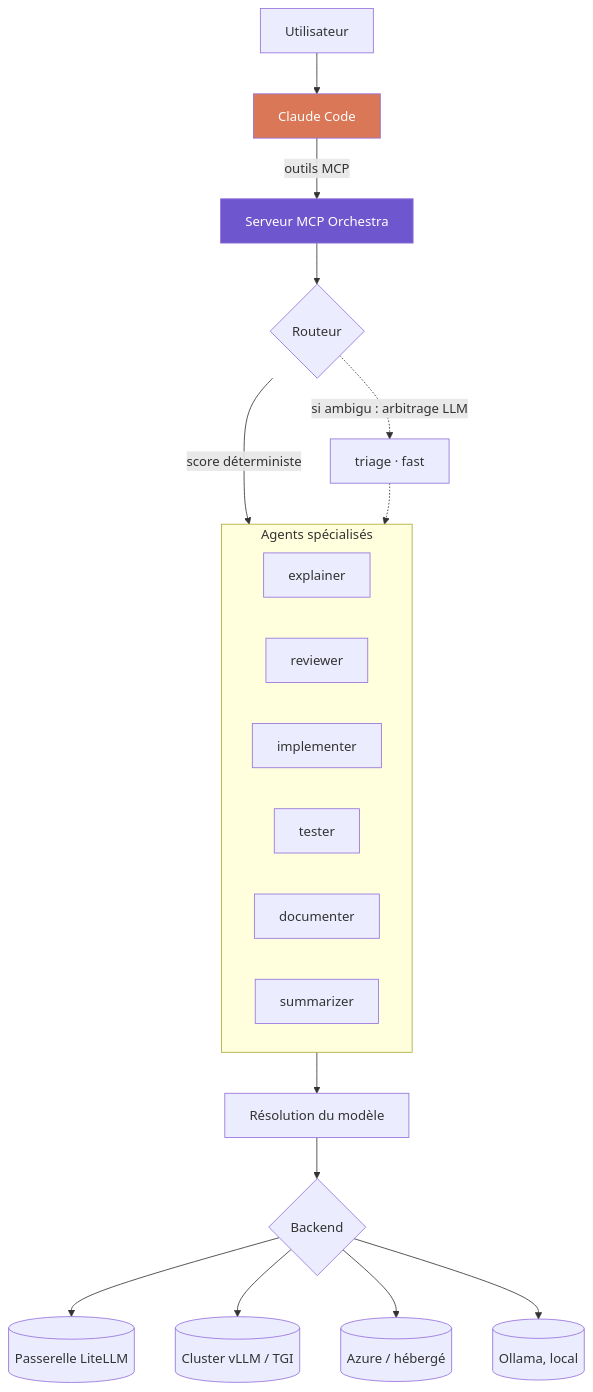
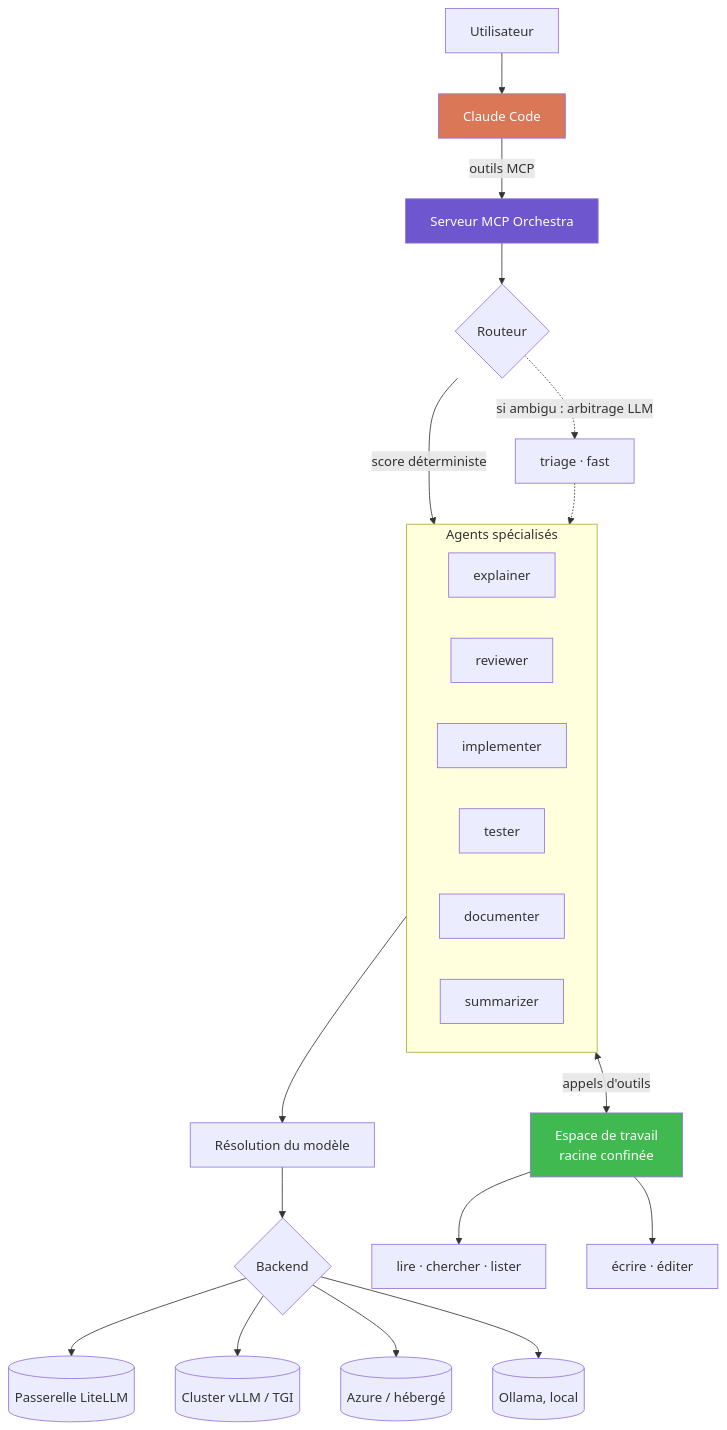
One commit to MMatice/orchestra changed the diagram in README.fr.md. Above: the diagram before and after it, drawn with Mermaid. The commit also changed other lines of this file and 29 other files, not shown here.

````diff
--- a/README.fr.md
+++ b/README.fr.md
@@ -63,30 +71,35 @@
 ```mermaid
 flowchart TB
     U[Utilisateur] --> C[Claude Code]
     C -->|outils MCP| O[Serveur MCP Orchestra]
 
     O --> R{Routeur}
     R -->|score déterministe| A
     R -.->|si ambigu : arbitrage LLM| T[triage · fast]
     T -.-> A
 
     subgraph A[Agents spécialisés]
         direction LR
         A1[explainer]
         A2[reviewer]
         A3[implementer]
         A4[tester]
         A5[documenter]
         A6[summarizer]
     end
 
     A --> P[Résolution du modèle]
     P --> B{Backend}
     B --> B1[(Passerelle LiteLLM)]
     B --> B2[(Cluster vLLM / TGI)]
     B --> B3[(Azure / hébergé)]
     B --> B4[(Ollama, local)]
 
+    A <-->|appels d'outils| W[Espace de travail<br/>racine confinée]
+    W --> W1[lire · chercher · lister]
+    W --> W2[écrire · éditer]
+
     style C fill:#D97757,color:#fff
     style O fill:#6E56CF,color:#fff
+    style W fill:#3FB950,color:#fff
 ```
````
